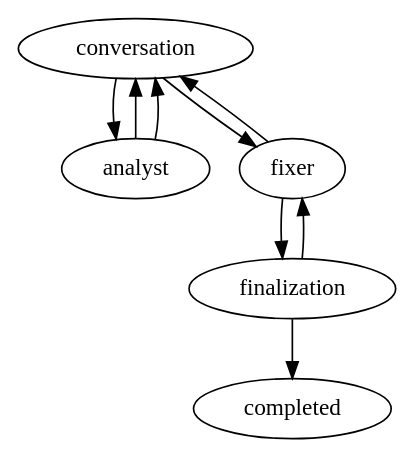
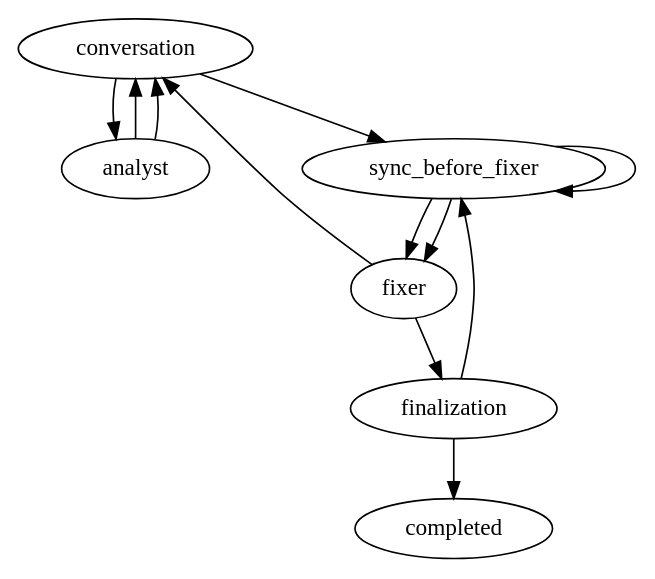
The diagram in teams/source/dotnet-web/bug/bug.dot (marioatcloudvane/litefactory), drawn with Graphviz before and after one commit. The commit also changed 33 other files, not shown here.

```diff
--- a/teams/source/dotnet-web/bug/bug.dot
+++ b/teams/source/dotnet-web/bug/bug.dot
@@ -1,19 +1,23 @@
 // One conversation, one bounded fixer invocation, automatic factory delivery.
 // Questions and all stopping outcomes park at their origin. Owner guidance
 // resumes that origin once; only exact approval releases an unapproved repair.
 digraph bug {
  graph [team="dotnet-web",workflow="bug",profile_version="2",start="conversation"];
  conversation [lf_action="lf_loop",lf_contract="owner_conversation",lf_outcomes="analyse,approved,blocked",lf_limit="64",lf_park="owner",lf_stop="blocked,failed,invalid,exhausted"];
  analyst [lf_action="lf_agent",lf_agent_markdown="bug-analyst",lf_skills="bug-analysis-result,dotnet-web-engineering",lf_model_tier="flagship",lf_access="read",lf_response="result",lf_outcomes="ask,done,blocked",lf_limit="8",lf_park="owner",lf_stop="blocked,failed,invalid,exhausted"];
+ sync_before_fixer [lf_action="lf_sync_base",lf_outcomes="synced,current,conflict,retry",lf_limit="8",lf_park="owner",lf_stop="conflict,failed,invalid,exhausted"];
  fixer [lf_action="lf_agent",lf_agent_markdown="bug-fixer",lf_skills="bug-repair-result,dotnet-web-engineering",lf_response="result",lf_outcomes="succeeded,reshape,blocked",lf_limit="3",lf_park="owner",lf_stop="blocked,failed,invalid,exhausted"];
  finalization [lf_action="lf_bug_finalize",lf_owner_continuation="required",lf_outcomes="completed,revalidate,stale,blocked",lf_limit="16",lf_park="owner",lf_stop="blocked,failed,invalid,exhausted,stale"];
  completed [lf_terminal="true"];
  conversation -> analyst [lf_on="analyse"];
- conversation -> fixer [lf_on="approved"];
+ conversation -> sync_before_fixer [lf_on="approved"];
  analyst -> conversation [lf_on="ask"];
  analyst -> conversation [lf_on="done"];
  fixer -> conversation [lf_on="reshape"];
  fixer -> finalization [lf_on="succeeded"];
- finalization -> fixer [lf_on="revalidate"];
+ finalization -> sync_before_fixer [lf_on="revalidate"];
+ sync_before_fixer -> fixer [lf_on="synced"];
+ sync_before_fixer -> fixer [lf_on="current"];
+ sync_before_fixer -> sync_before_fixer [lf_on="retry"];
  finalization -> completed [lf_on="completed"];
 }
```
